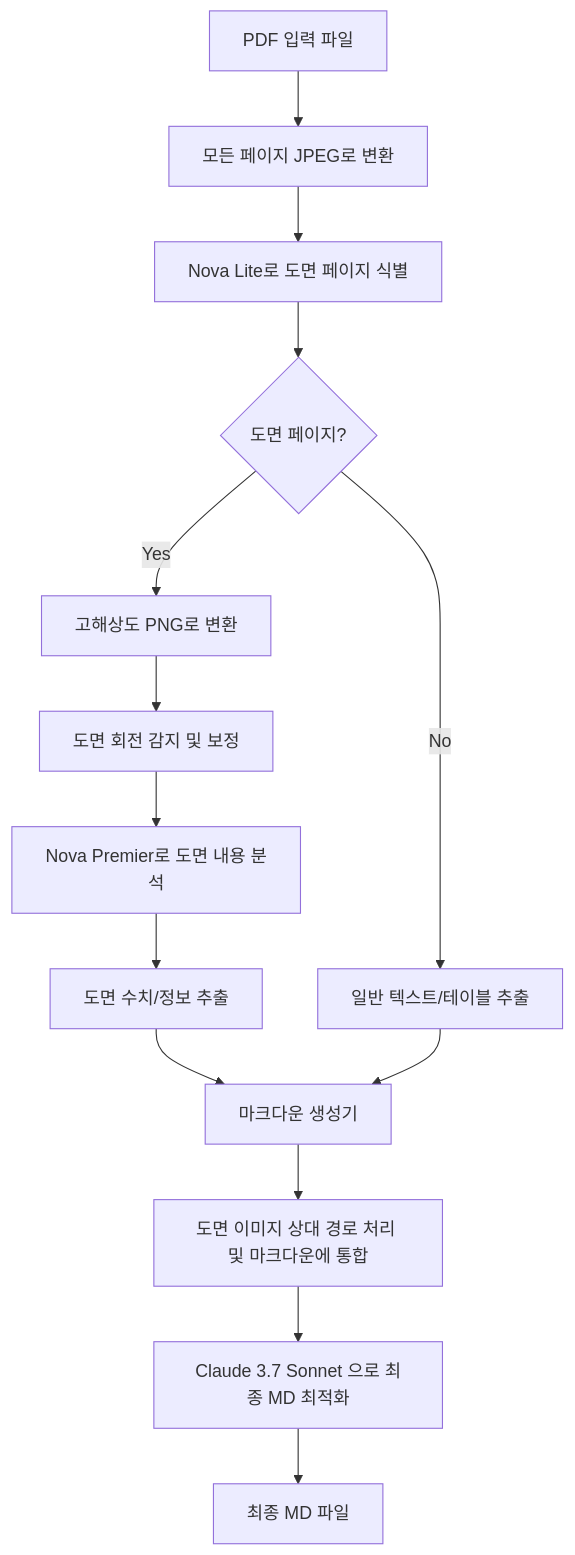
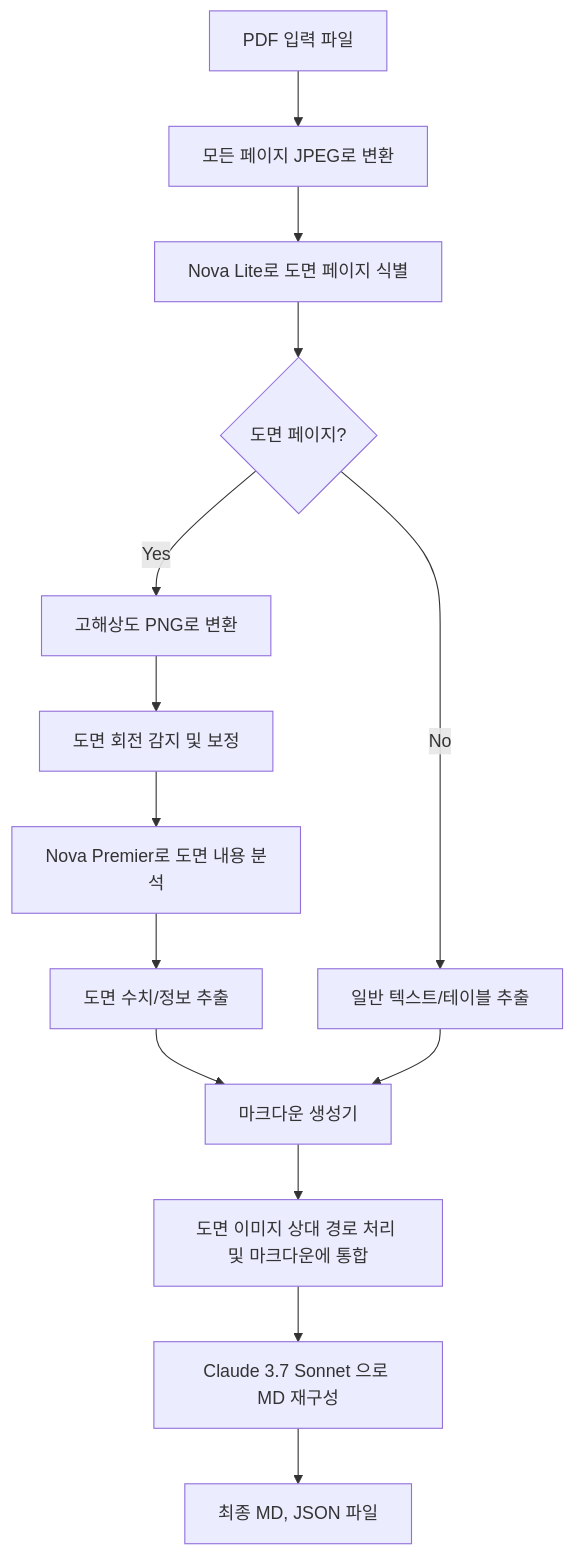
One commit to jesamkim/diagram-parsing changed the diagram in README.md. Above: the diagram before and after it, drawn with Mermaid. The commit also changed other lines of this file, not shown here.

````diff
--- a/README.md
+++ b/README.md
@@ -59,16 +60,16 @@
 ```mermaid
 graph TD
     A[PDF 입력 파일] --> B[모든 페이지 JPEG로 변환]
     B --> C[Nova Lite로 도면 페이지 식별]
     C --> D{도면 페이지?}
     D -- Yes --> E[고해상도 PNG로 변환]
     E --> F[도면 회전 감지 및 보정]
     F --> G[Nova Premier로 도면 내용 분석]
     G --> H[도면 수치/정보 추출]
     D -- No --> I[일반 텍스트/테이블 추출]
     H --> J[마크다운 생성기]
     I --> J
     J --> K[도면 이미지 상대 경로 처리 및 마크다운에 통합]
-    K --> L[Claude 3.7 Sonnet 으로 최종 MD 최적화]
-    L --> M[최종 MD 파일]
+    K --> L[Claude 3.7 Sonnet 으로 MD 재구성]
+    L --> M[최종 MD, JSON 파일]
 ```
````
